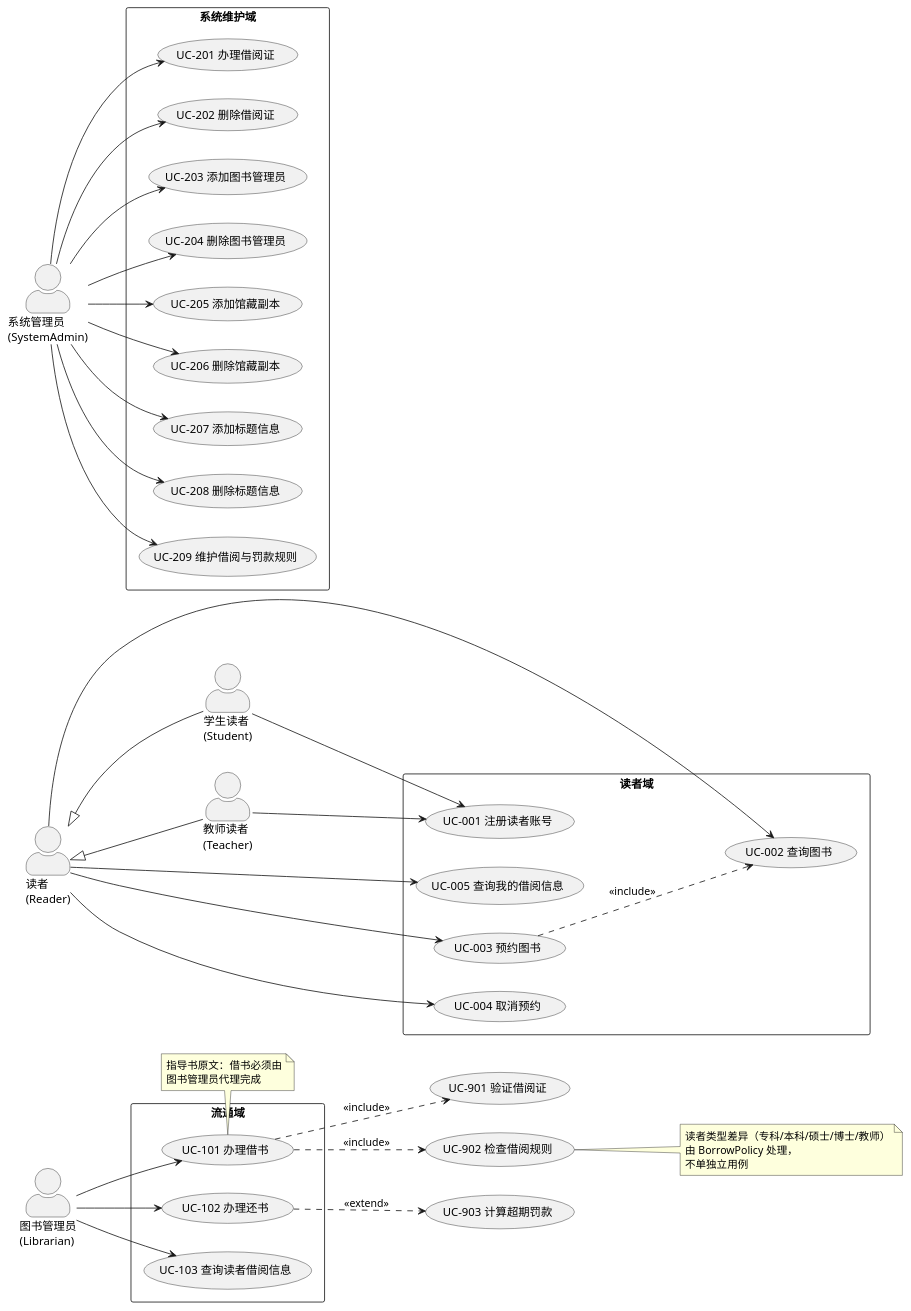
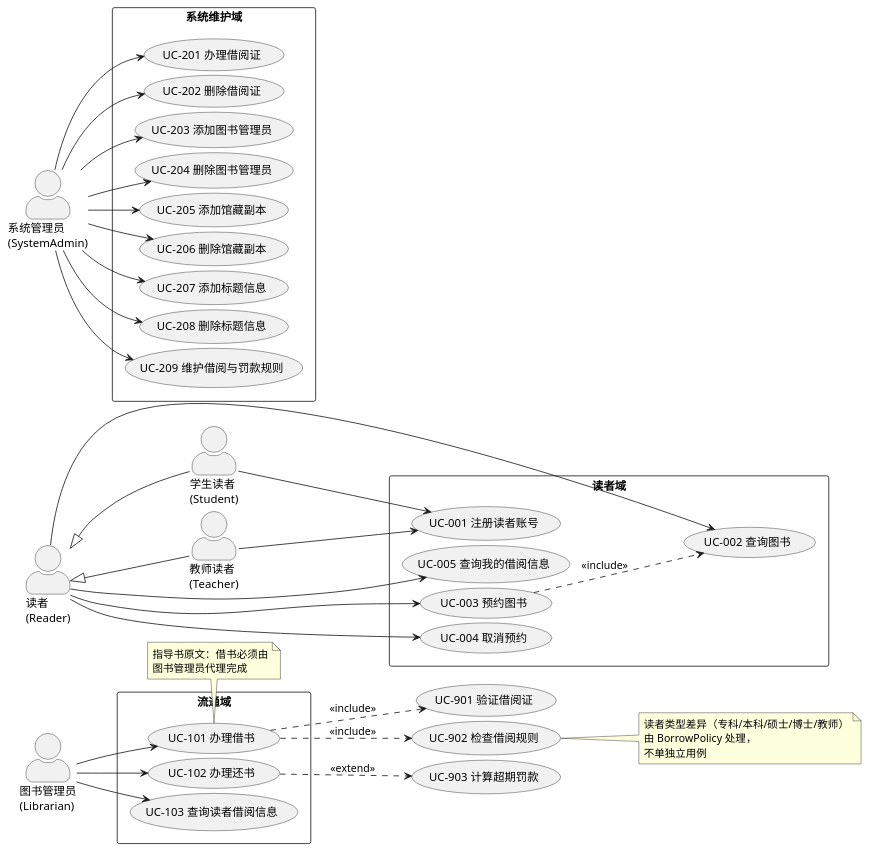
One commit to yic450192-del/library-management-ai changed the diagram in specs/04-use-case-model.puml. Above: the diagram before and after it, drawn with PlantUML. The commit also changed 16 other files, not shown here.

First line of the commit message:
渲染全部 UML 并校验；补实验一总览说明

```diff
--- a/specs/04-use-case-model.puml
+++ b/specs/04-use-case-model.puml
@@ -1,92 +1,94 @@
 @startuml
 ' 04 用例模型 —— 指导书步骤 1
 ' 渲染：java -jar plantuml.jar specs/04-use-case-model.puml
 
 left to right direction
 skinparam actorStyle awesome
 skinparam packageStyle rectangle
+skinparam nodesep 6
+skinparam ranksep 25
 
 ' ===== 参与者 =====
 actor "读者\n(Reader)" as Reader
 actor "学生读者\n(Student)" as Student
 actor "教师读者\n(Teacher)" as Teacher
 actor "图书管理员\n(Librarian)" as Librarian
 actor "系统管理员\n(SystemAdmin)" as SystemAdmin
 
 Reader <|-- Student
 Reader <|-- Teacher
 
 ' ===== 读者用例 =====
 rectangle "读者域" {
   usecase "UC-001 注册读者账号" as UC001
   usecase "UC-002 查询图书" as UC002
   usecase "UC-003 预约图书" as UC003
   usecase "UC-004 取消预约" as UC004
   usecase "UC-005 查询我的借阅信息" as UC005
 }
 
 ' ===== 图书管理员用例 =====
 rectangle "流通域" {
   usecase "UC-101 办理借书" as UC101
   usecase "UC-102 办理还书" as UC102
   usecase "UC-103 查询读者借阅信息" as UC103
 }
 
 ' ===== 系统管理员用例 =====
 rectangle "系统维护域" {
   usecase "UC-201 办理借阅证" as UC201
   usecase "UC-202 删除借阅证" as UC202
   usecase "UC-203 添加图书管理员" as UC203
   usecase "UC-204 删除图书管理员" as UC204
   usecase "UC-205 添加馆藏副本" as UC205
   usecase "UC-206 删除馆藏副本" as UC206
   usecase "UC-207 添加标题信息" as UC207
   usecase "UC-208 删除标题信息" as UC208
   usecase "UC-209 维护借阅与罚款规则" as UC209
 }
 
 ' ===== 公共用例 =====
 usecase "UC-901 验证借阅证" as UC901
 usecase "UC-902 检查借阅规则" as UC902
 usecase "UC-903 计算超期罚款" as UC903
 
 ' ===== 参与者关联 =====
 Student --> UC001
 Teacher --> UC001
 Reader --> UC002
 Reader --> UC003
 Reader --> UC004
 Reader --> UC005
 
 Librarian --> UC101
 Librarian --> UC102
 Librarian --> UC103
 
 SystemAdmin --> UC201
 SystemAdmin --> UC202
 SystemAdmin --> UC203
 SystemAdmin --> UC204
 SystemAdmin --> UC205
 SystemAdmin --> UC206
 SystemAdmin --> UC207
 SystemAdmin --> UC208
 SystemAdmin --> UC209
 
 ' ===== 用例关系 =====
 UC101 ..> UC901 : <<include>>
 UC101 ..> UC902 : <<include>>
 UC102 ..> UC903 : <<extend>>
 UC003 ..> UC002 : <<include>>
 
 note right of UC902
   读者类型差异（专科/本科/硕士/博士/教师）
   由 BorrowPolicy 处理，
   不单独立用例
 end note
 
 note bottom of UC101
   指导书原文：借书必须由
   图书管理员代理完成
 end note
 
 @enduml
```
